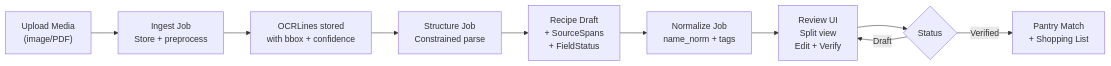
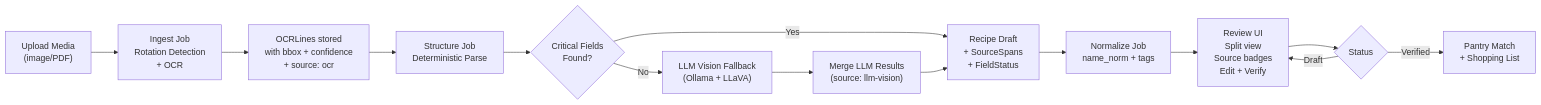
Before and after one commit to Mixers28/recipenow: the diagram in docs/SPEC.md, drawn with Mermaid. The commit also changed other lines of this file and 18 other files, not shown here.

````diff
--- a/docs/SPEC.md
+++ b/docs/SPEC.md
@@ -47,12 +50,16 @@
 ```mermaid
 graph LR
-  A["Upload Media<br/>(image/PDF)"] --> B["Ingest Job<br/>Store + preprocess"]
-  B --> C["OCRLines stored<br/>with bbox + confidence"]
-  C --> D["Structure Job<br/>Constrained parse"]
-  D --> E["Recipe Draft<br/>+ SourceSpans<br/>+ FieldStatus"]
-  E --> F["Normalize Job<br/>name_norm + tags"]
-  F --> G["Review UI<br/>Split view<br/>Edit + Verify"]
-  G --> H{Status}
-  H -->|Draft| G
-  H -->|Verified| I["Pantry Match<br/>+ Shopping List"]
+  A["Upload Media<br/>(image/PDF)"] --> B["Ingest Job<br/>Rotation Detection<br/>+ OCR"]
+  B --> C["OCRLines stored<br/>with bbox + confidence<br/>+ source: ocr"]
+  C --> D["Structure Job<br/>Deterministic Parse"]
+  D --> E{Critical Fields<br/>Found?}
+  E -->|Yes| F["Recipe Draft<br/>+ SourceSpans<br/>+ FieldStatus"]
+  E -->|No| G["LLM Vision Fallback<br/>(Ollama + LLaVA)"]
+  G --> H["Merge LLM Results<br/>(source: llm-vision)"]
+  H --> F
+  F --> I["Normalize Job<br/>name_norm + tags"]
+  I --> J["Review UI<br/>Split view<br/>Source badges<br/>Edit + Verify"]
+  J --> K{Status}
+  K -->|Draft| J
+  K -->|Verified| L["Pantry Match<br/>+ Shopping List"]
 ```
````
